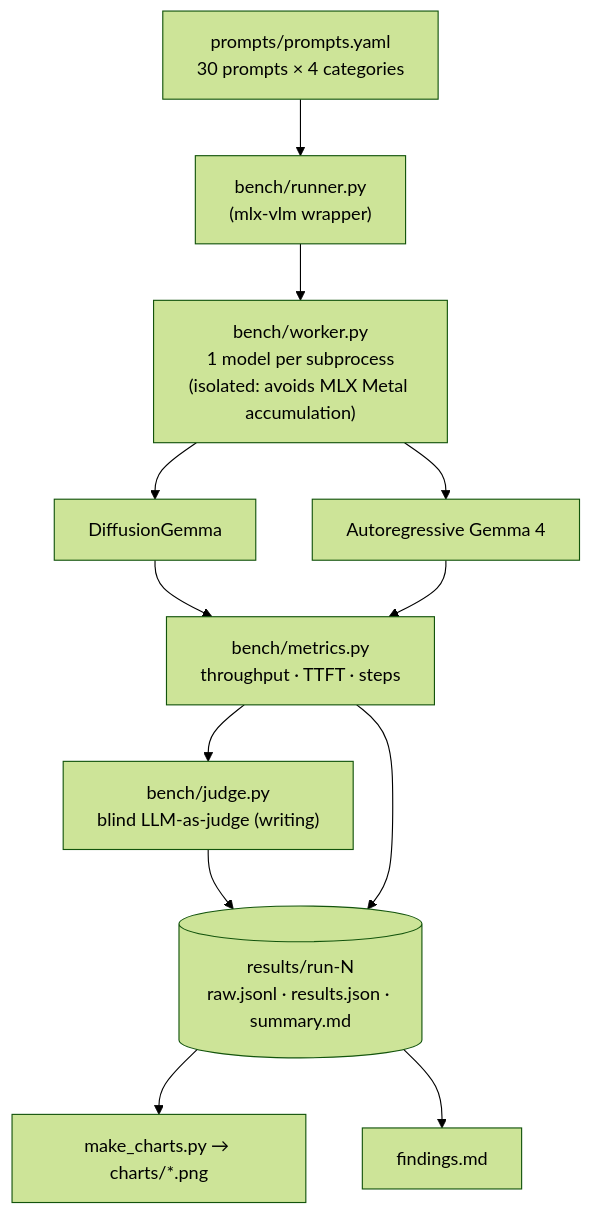
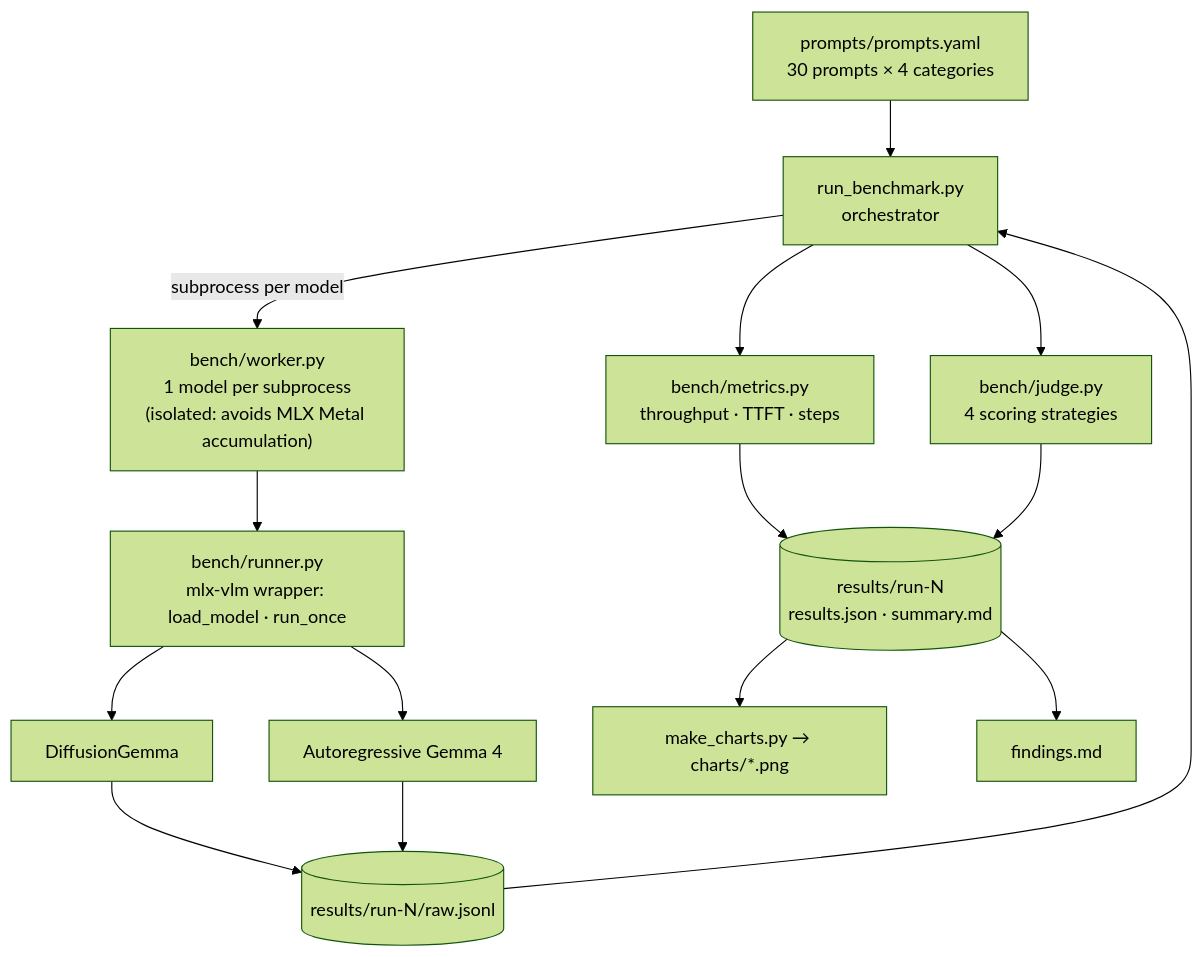
One commit to Jmeg8r/diffusiongemma-benchmark changed the diagram in README.md. Above: the diagram before and after it, drawn with Mermaid (forest theme). The commit also changed other lines of this file and 3 other files, not shown here.

First line of the commit message:
docs: correct the run-flow diagram, add system map

````diff
--- a/README.md
+++ b/README.md
@@ -26,14 +26,17 @@
 ```mermaid
 flowchart TD
-    Prompts["prompts/prompts.yaml<br/>30 prompts × 4 categories"] --> Runner["bench/runner.py<br/>(mlx-vlm wrapper)"]
-    Runner --> Worker["bench/worker.py<br/>1 model per subprocess<br/>(isolated: avoids MLX Metal accumulation)"]
-    Worker --> DG[DiffusionGemma]
-    Worker --> AR[Autoregressive Gemma 4]
-    DG --> Metrics["bench/metrics.py<br/>throughput · TTFT · steps"]
-    AR --> Metrics
-    Metrics --> Judge["bench/judge.py<br/>blind LLM-as-judge (writing)"]
-    Judge --> Results[("results/run-N<br/>raw.jsonl · results.json · summary.md")]
-    Metrics --> Results
+    Prompts["prompts/prompts.yaml<br/>30 prompts × 4 categories"] --> Orch["run_benchmark.py<br/>orchestrator"]
+    Orch -->|subprocess per model| Worker["bench/worker.py<br/>1 model per subprocess<br/>(isolated: avoids MLX Metal accumulation)"]
+    Worker --> Wrap["bench/runner.py<br/>mlx-vlm wrapper: load_model · run_once"]
+    Wrap --> DG[DiffusionGemma]
+    Wrap --> AR[Autoregressive Gemma 4]
+    DG --> Raw[("results/run-N/raw.jsonl")]
+    AR --> Raw
+    Raw --> Orch
+    Orch --> Metrics["bench/metrics.py<br/>throughput · TTFT · steps"]
+    Orch --> Judge["bench/judge.py<br/>4 scoring strategies"]
+    Metrics --> Results[("results/run-N<br/>results.json · summary.md")]
+    Judge --> Results
     Results --> Charts["make_charts.py → charts/*.png"]
     Results --> Findings[findings.md]
 ```
````
